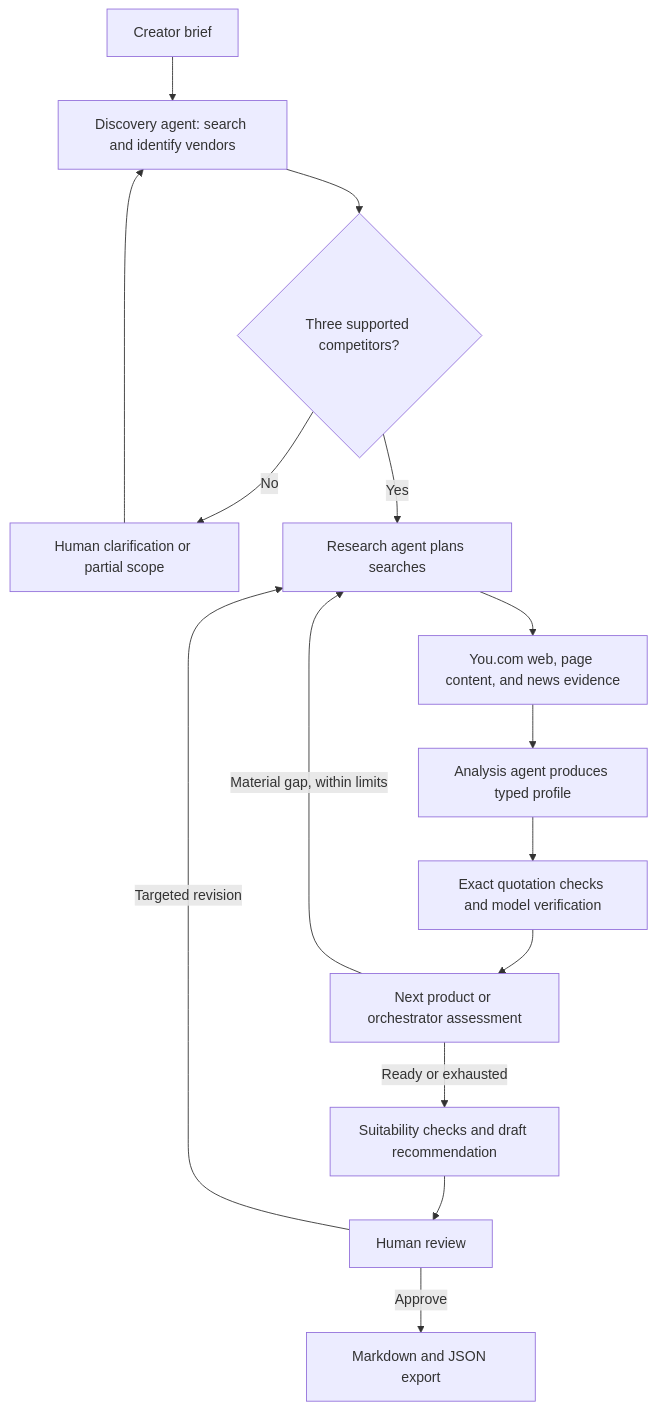
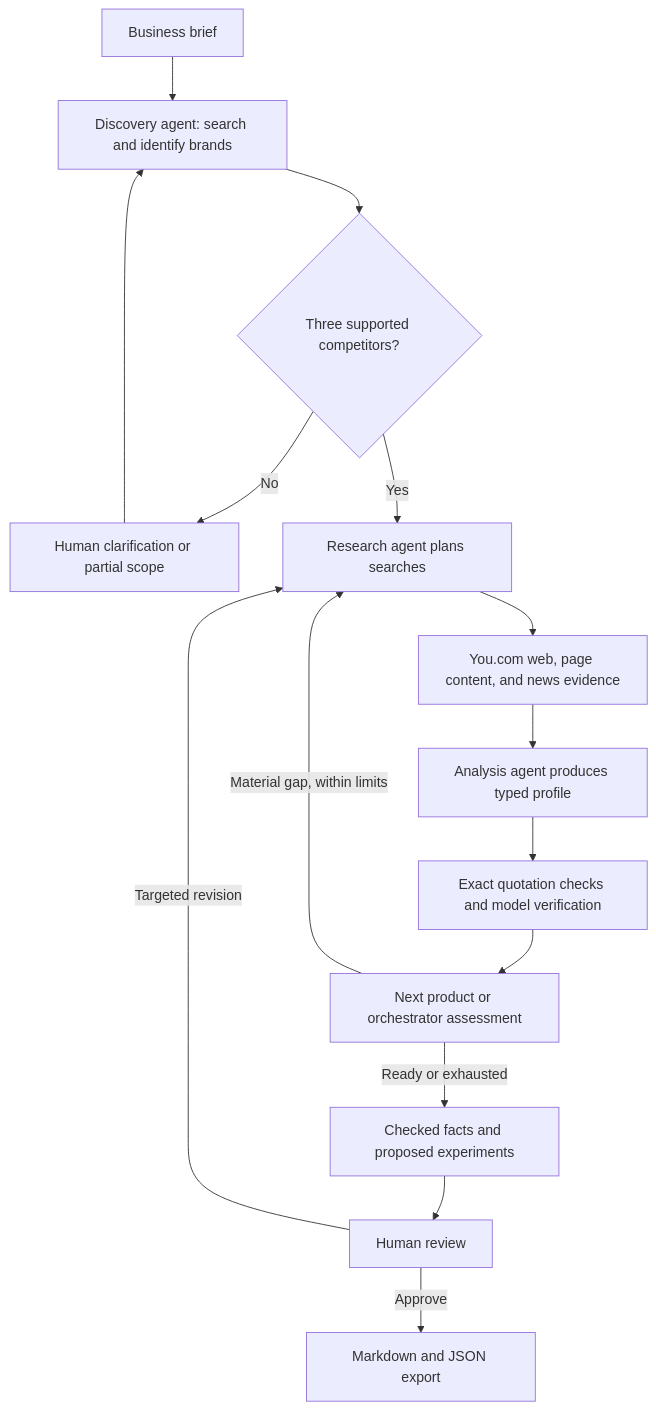
One commit to shinderupesh15/marketmate-ai changed the diagram in docs/ARCHITECTURE.md. Above: the diagram before and after it, drawn with Mermaid. The commit also changed other lines of this file and 16 other files, not shown here.

````diff
--- a/docs/ARCHITECTURE.md
+++ b/docs/ARCHITECTURE.md
@@ -5,17 +7,17 @@
 ```mermaid
 flowchart TD
-    A[Creator brief] --> B[Discovery agent: search and identify vendors]
+    A[Business brief] --> B[Discovery agent: search and identify brands]
     B --> C{Three supported competitors?}
     C -->|No| D[Human clarification or partial scope]
     D --> B
     C -->|Yes| E[Research agent plans searches]
     E --> F[You.com web, page content, and news evidence]
     F --> G[Analysis agent produces typed profile]
     G --> H[Exact quotation checks and model verification]
     H --> I[Next product or orchestrator assessment]
     I -->|Material gap, within limits| E
-    I -->|Ready or exhausted| J[Suitability checks and draft recommendation]
+    I -->|Ready or exhausted| J[Checked facts and proposed experiments]
     J --> K[Human review]
     K -->|Targeted revision| E
     K -->|Approve| L[Markdown and JSON export]
 ```
````
